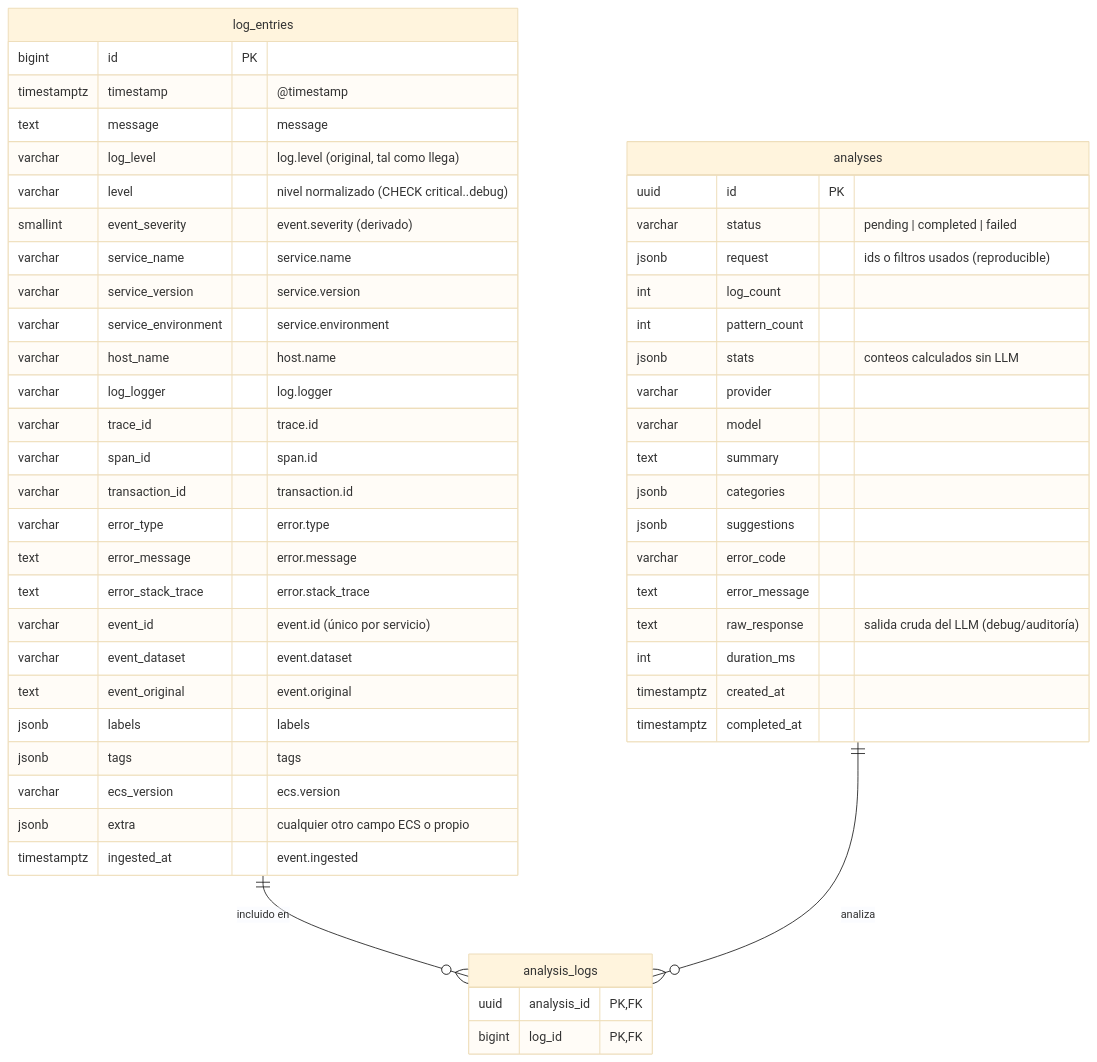
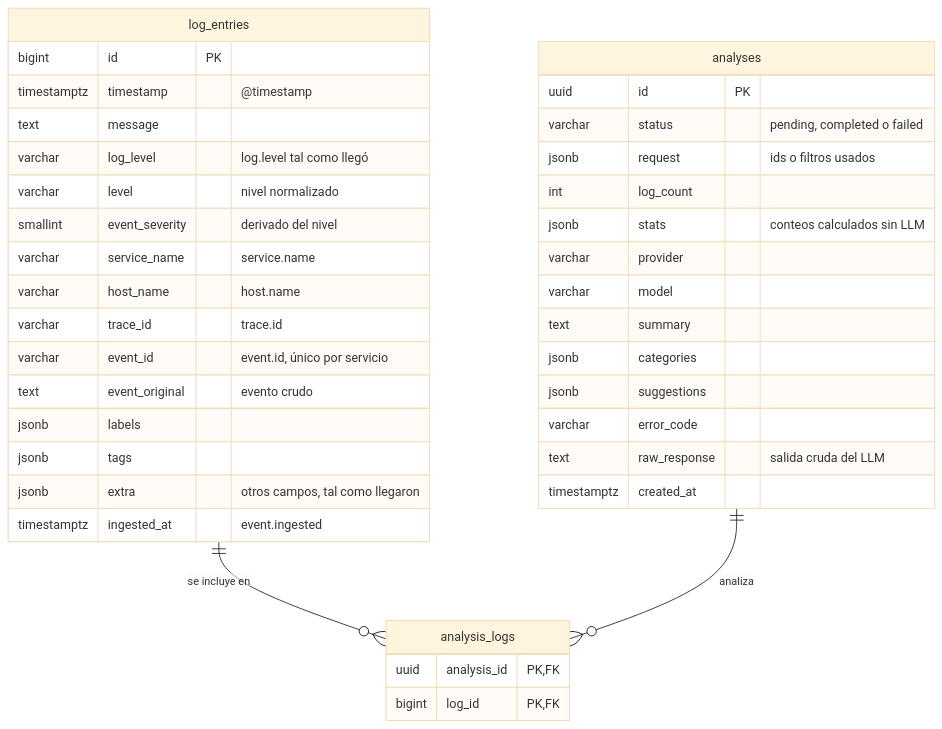
The third of 3 diagrams in ARCHITECTURE.md (peviss/smartlog-analyzer), drawn with Mermaid (base theme) before and after one commit. The commit also changed other lines of this file, not shown here.

Commit message:
docs: update architecture documentation with detailed component interactions and data flow

````diff
--- a/ARCHITECTURE.md
+++ b/ARCHITECTURE.md
@@ -108,56 +205,42 @@
 ```mermaid
 erDiagram
-    log_entries ||--o{ analysis_logs : "incluido en"
+    log_entries ||--o{ analysis_logs : "se incluye en"
     analyses ||--o{ analysis_logs : "analiza"
 
     log_entries {
         bigint id PK
         timestamptz timestamp "@timestamp"
-        text message "message"
-        varchar log_level "log.level (original, tal como llega)"
-        varchar level "nivel normalizado (CHECK critical..debug)"
-        smallint event_severity "event.severity (derivado)"
+        text message
+        varchar log_level "log.level tal como llegó"
+        varchar level "nivel normalizado"
+        smallint event_severity "derivado del nivel"
         varchar service_name "service.name"
-        varchar service_version "service.version"
-        varchar service_environment "service.environment"
         varchar host_name "host.name"
-        varchar log_logger "log.logger"
         varchar trace_id "trace.id"
-        varchar span_id "span.id"
-        varchar transaction_id "transaction.id"
-        varchar error_type "error.type"
-        text error_message "error.message"
-        text error_stack_trace "error.stack_trace"
-        varchar event_id "event.id (único por servicio)"
-        varchar event_dataset "event.dataset"
-        text event_original "event.original"
-        jsonb labels "labels"
-        jsonb tags "tags"
-        varchar ecs_version "ecs.version"
-        jsonb extra "cualquier otro campo ECS o propio"
+        varchar event_id "event.id, único por servicio"
+        text event_original "evento crudo"
+        jsonb labels
+        jsonb tags
+        jsonb extra "otros campos, tal como llegaron"
         timestamptz ingested_at "event.ingested"
     }
     analyses {
         uuid id PK
-        varchar status "pending | completed | failed"
-        jsonb request "ids o filtros usados (reproducible)"
+        varchar status "pending, completed o failed"
+        jsonb request "ids o filtros usados"
         int log_count
-        int pattern_count
         jsonb stats "conteos calculados sin LLM"
         varchar provider
         varchar model
         text summary
         jsonb categories
         jsonb suggestions
         varchar error_code
-        text error_message
-        text raw_response "salida cruda del LLM (debug/auditoría)"
-        int duration_ms
+        text raw_response "salida cruda del LLM"
         timestamptz created_at
-        timestamptz completed_at
     }
     analysis_logs {
-        uuid analysis_id PK,FK
-        bigint log_id PK,FK
+        uuid analysis_id PK, FK
+        bigint log_id PK, FK
     }
 ```
````
